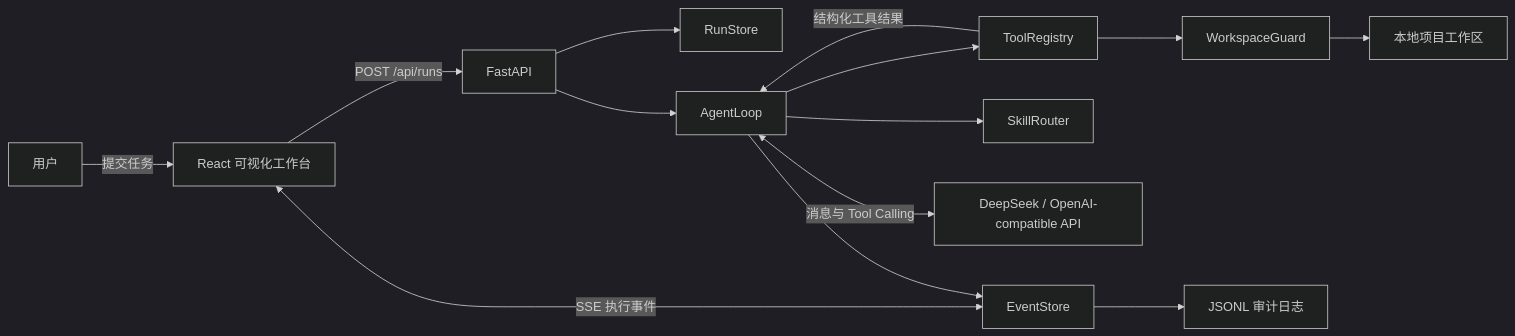
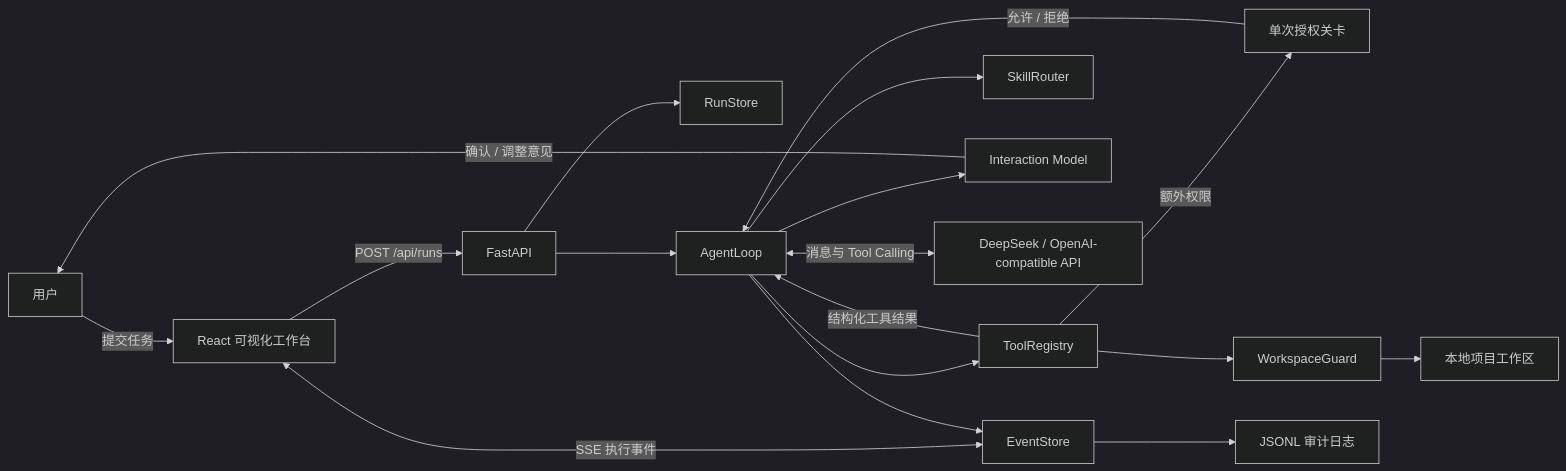
Before and after one commit to DouJiangLover/mini-coding-agent: the first of 2 diagrams in docs/ARCHITECTURE.md, drawn with Mermaid (dark theme). The commit also changed other lines of this file and 54 other files, not shown here.

````diff
--- a/docs/ARCHITECTURE.md
+++ b/docs/ARCHITECTURE.md
@@ -13,16 +13,20 @@
 ```mermaid
 flowchart LR
     U[用户] -->|提交任务| F[React 可视化工作台]
     F -->|POST /api/runs| A[FastAPI]
     F <-->|SSE 执行事件| E[EventStore]
     A --> R[RunStore]
     A --> L[AgentLoop]
     L --> S[SkillRouter]
+    L --> I[Interaction Model]
+    I -->|确认 / 调整意见| U
     L <-->|消息与 Tool Calling| M[DeepSeek / OpenAI-compatible API]
     L --> T[ToolRegistry]
+    T -->|额外权限| P[单次授权关卡]
+    P -->|允许 / 拒绝| L
     T --> G[WorkspaceGuard]
     G --> W[本地项目工作区]
     T -->|结构化工具结果| L
     L --> E
     E --> J[JSONL 审计日志]
 ```
````
